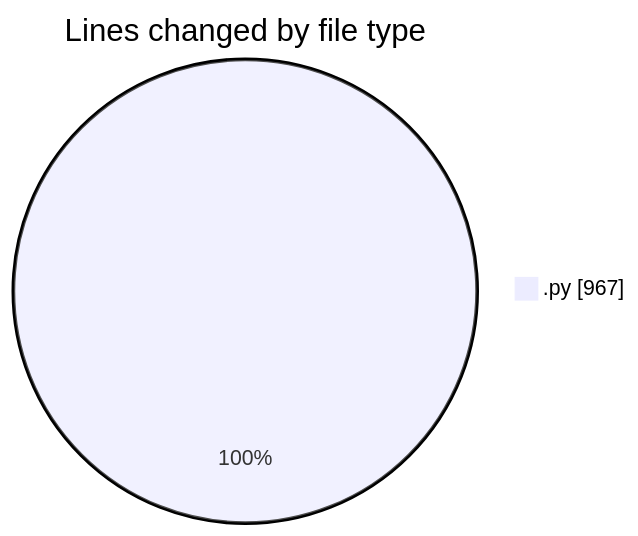
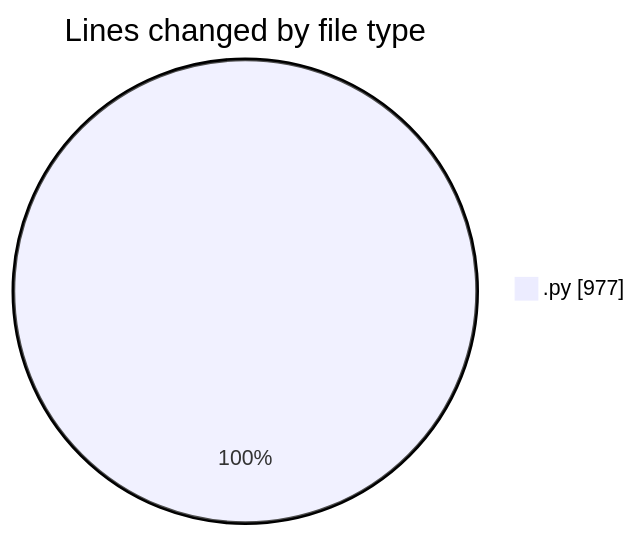
One commit to FelipKnott/code-tracking changed the first of 2 diagrams in 2025-07-03/cursor/README.md. Above: the diagram before and after it, drawn with Mermaid. The commit also changed other lines of this file and 1 other file, not shown here.

````diff
--- a/2025-07-03/cursor/README.md
+++ b/2025-07-03/cursor/README.md
@@ -27,5 +27,5 @@
 ```mermaid
 pie showData
 title Lines changed by file type
-".py" : 967
+".py" : 977
 ```
````
